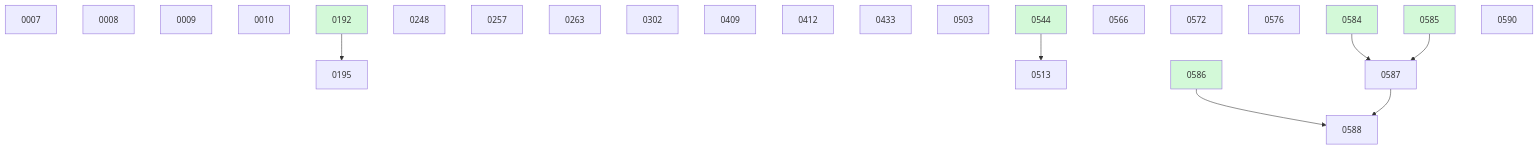
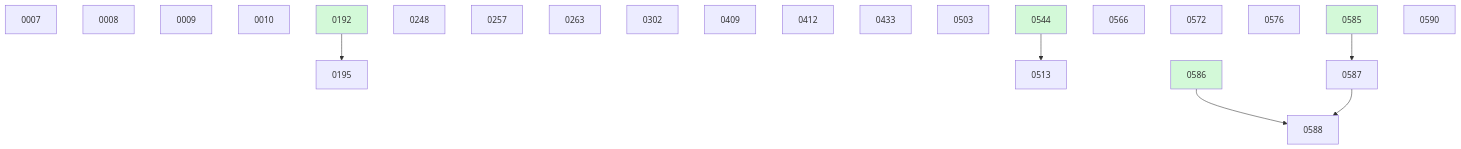
The diagram in docs/changes/BOARD.md (danielhanold/docket), drawn with Mermaid before and after one commit. The commit also changed other lines of this file and 2 other files, not shown here.

````diff
--- a/docs/changes/BOARD.md
+++ b/docs/changes/BOARD.md
@@ -35,31 +40,29 @@
 ```mermaid
 graph TD
   0007
   0008
   0009
   0010
   0192 --> 0195
   0248
   0257
   0263
   0302
   0409
   0412
   0433
   0503
   0544 --> 0513
   0566
   0572
   0576
-  0584 --> 0587
   0585 --> 0587
   0586 --> 0588
   0587 --> 0588
   0590
   0192:::done
   0544:::done
-  0584:::done
   0585:::done
   0586:::done
   classDef done fill:#d3f9d8;
 ```
````
